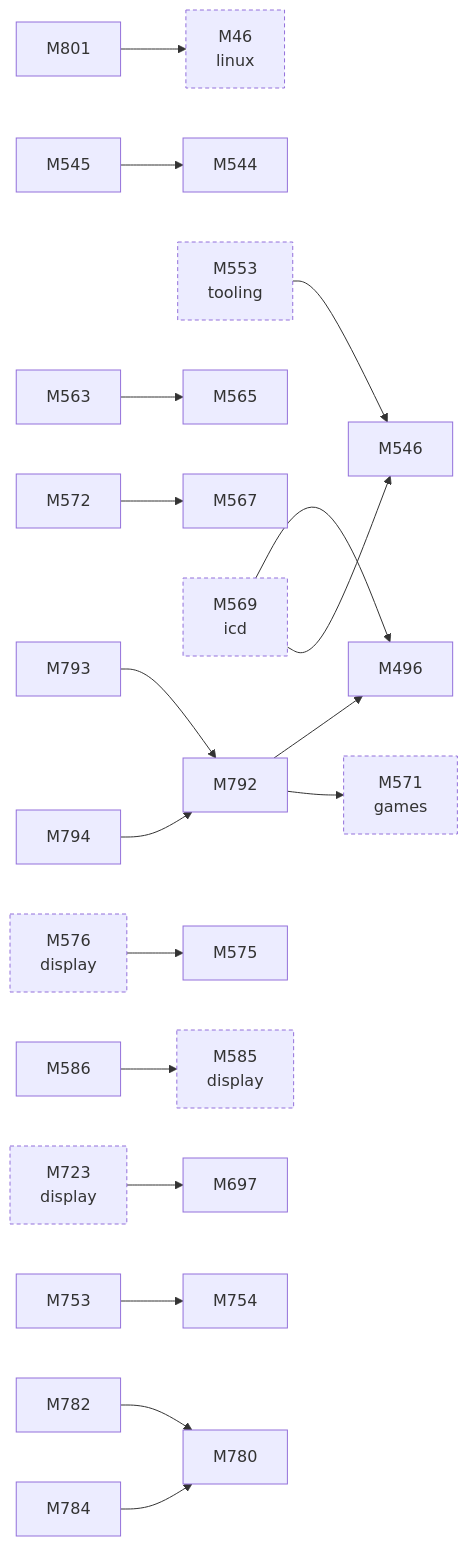
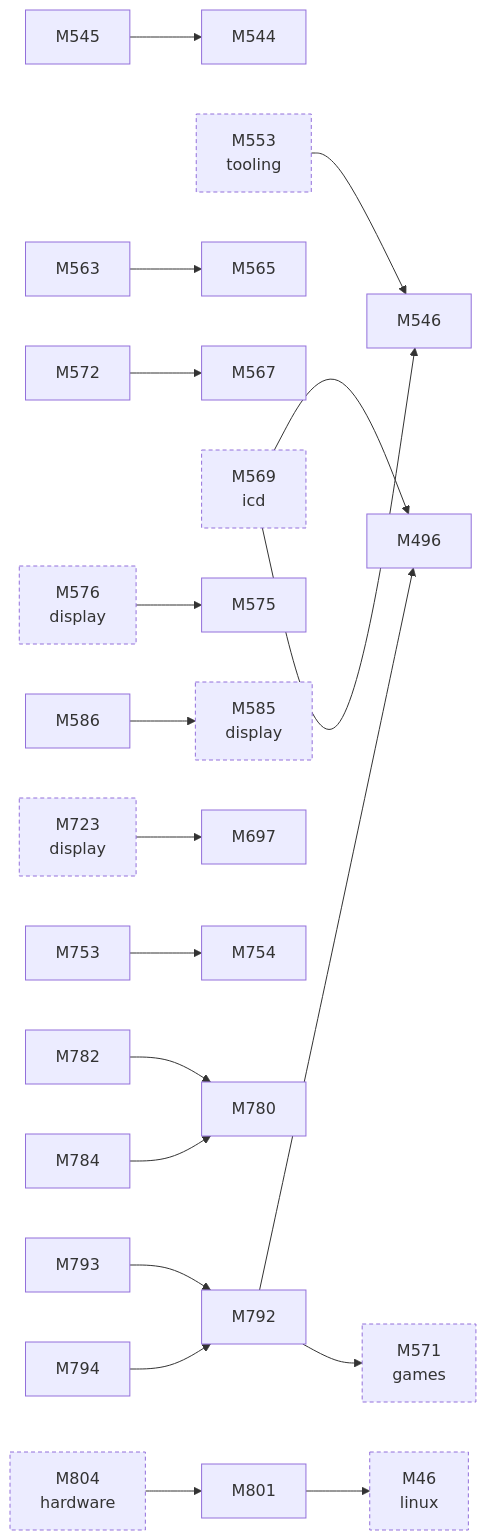
One commit to D-Ogi/amdgpu-wddm changed the second of 2 diagrams in docs/facts/graphs/d3d.md. Above: the diagram before and after it, drawn with Mermaid. The commit also changed 161 other files, not shown here.

````diff
--- a/docs/facts/graphs/d3d.md
+++ b/docs/facts/graphs/d3d.md
@@ -22,49 +22,51 @@
 ```mermaid
 flowchart LR
   M46["M46<br/>linux"]
   M496["M496"]
   M544["M544"]
   M545["M545"]
   M546["M546"]
   M553["M553<br/>tooling"]
   M563["M563"]
   M565["M565"]
   M567["M567"]
   M569["M569<br/>icd"]
   M571["M571<br/>games"]
   M572["M572"]
   M575["M575"]
   M576["M576<br/>display"]
   M585["M585<br/>display"]
   M586["M586"]
   M697["M697"]
   M723["M723<br/>display"]
   M753["M753"]
   M754["M754"]
   M780["M780"]
   M782["M782"]
   M784["M784"]
   M792["M792"]
   M793["M793"]
   M794["M794"]
   M801["M801"]
+  M804["M804<br/>hardware"]
+  M804 --> M801
   M576 --> M575
   M723 --> M697
   M569 --> M496
   M569 --> M546
   M545 --> M544
   M563 --> M565
   M572 --> M567
   M586 --> M585
   M753 --> M754
   M782 --> M780
   M784 --> M780
   M792 --> M496
   M792 --> M571
   M793 --> M792
   M794 --> M792
   M801 --> M46
   M553 --> M546
   classDef other stroke-dasharray:4 3
-  class M46,M553,M569,M571,M576,M585,M723 other
+  class M46,M553,M569,M571,M576,M585,M723,M804 other
 ```
````
